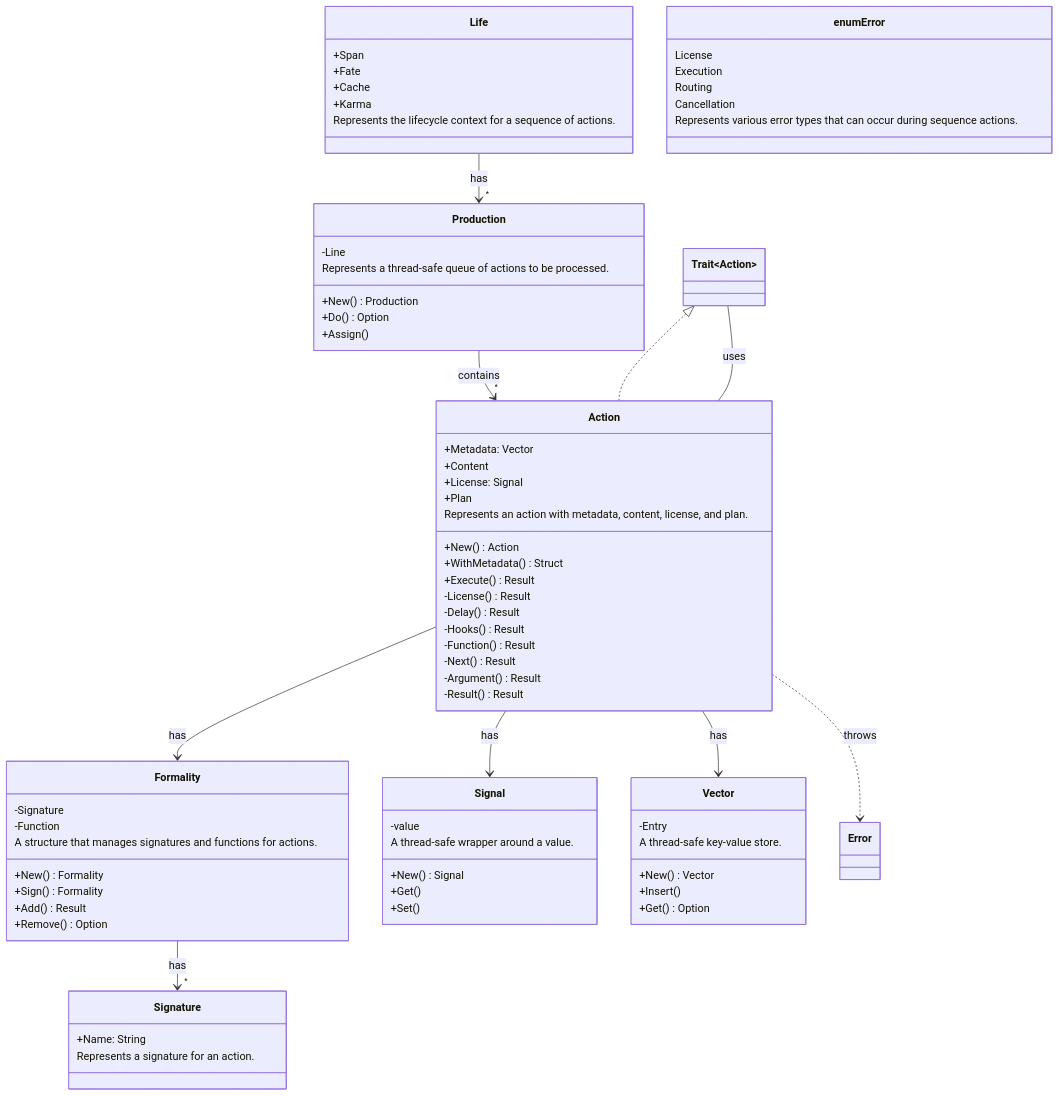
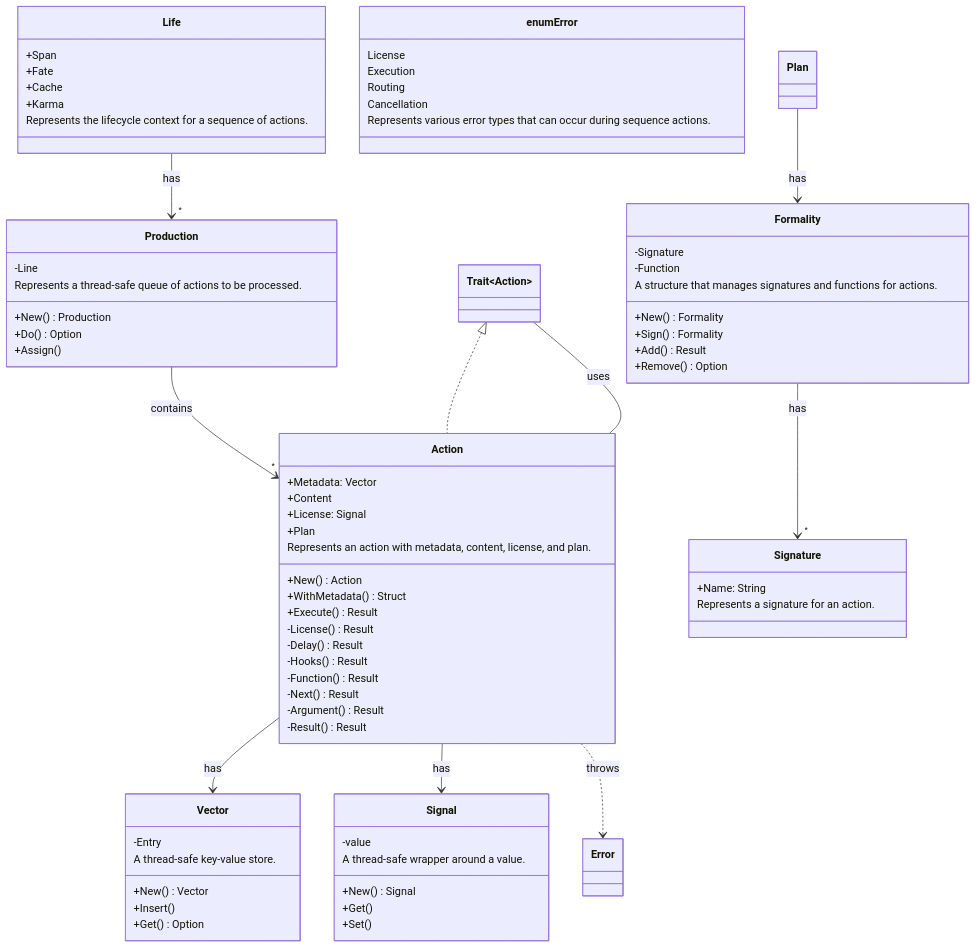
The first of 2 diagrams in README.md (CodeEditorLand/Echo), drawn with Mermaid before and after one commit.

```diff
--- a/README.md
+++ b/README.md
@@ -234,7 +234,7 @@
 
     Action --> Vector : has
     Action --> Signal : has
-    Action --> Formality : has
+    Plan --> Formality : has
     Life --> "*" Production : has
     Production --> "*" Action : contains
     Formality --> "*" Signature: has
```
